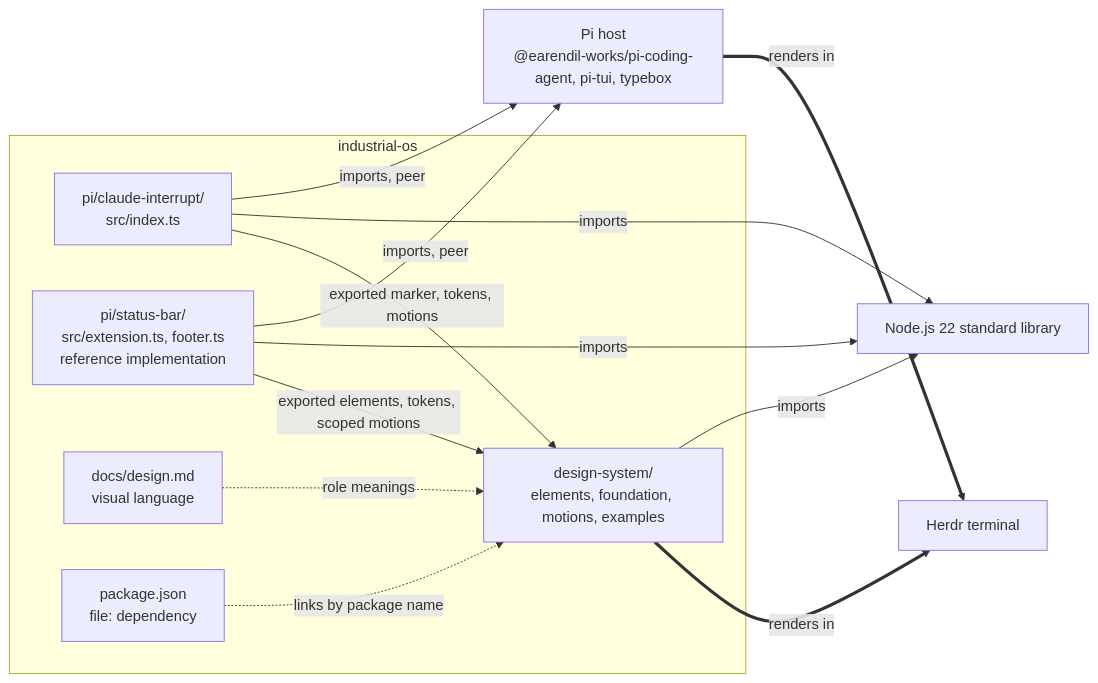
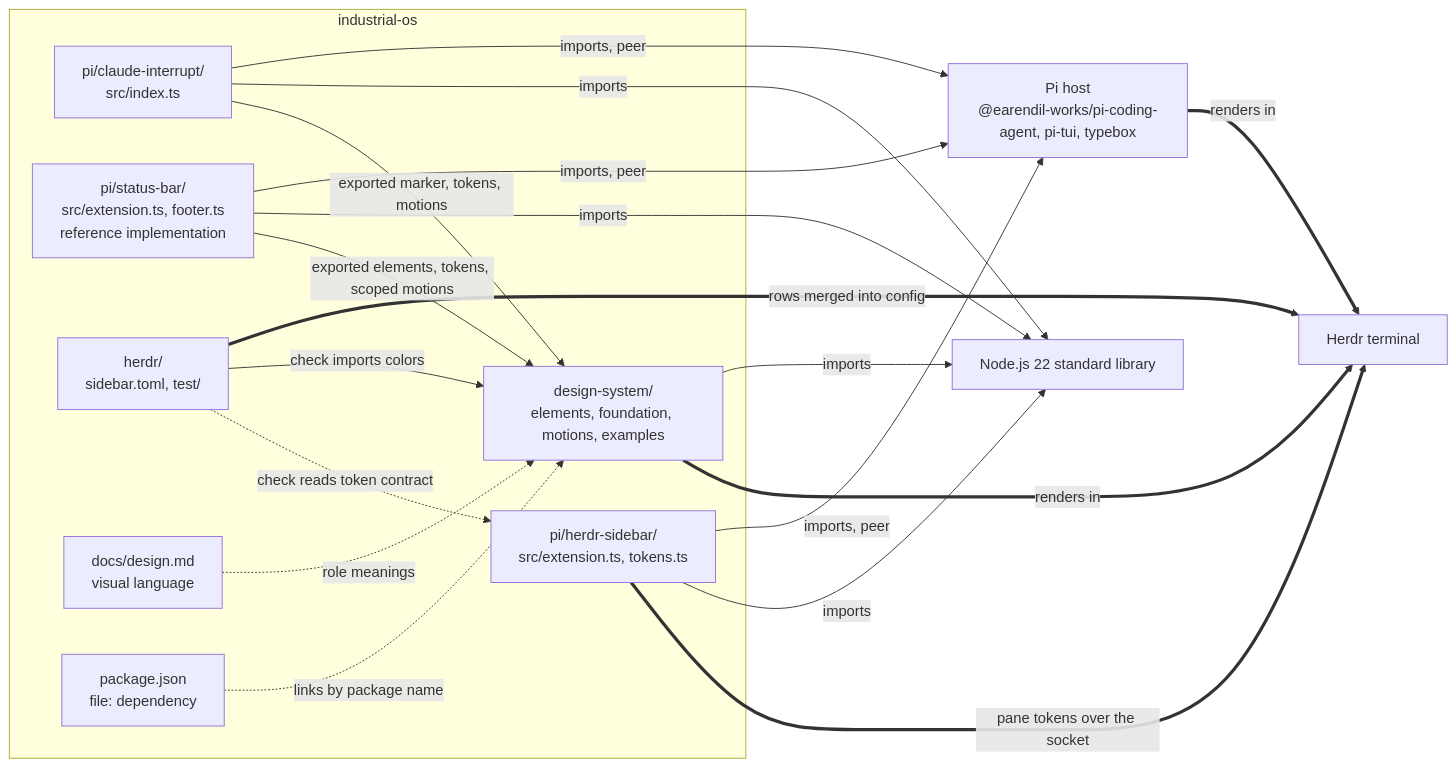
One commit to jigenator/industrial-os changed the diagram in docs/architecture.md. Above: the diagram before and after it, drawn with Mermaid. The commit also changed other lines of this file and 8 other files, not shown here.

Commit message:
docs: map pi/herdr-sidebar and herdr/ and register the extension in the root manifest

````diff
--- a/docs/architecture.md
+++ b/docs/architecture.md
@@ -22,25 +24,33 @@
 ```mermaid
 flowchart LR
     subgraph repo["industrial-os"]
         DS["design-system/<br/>elements, foundation, motions, examples"]
         CI["pi/claude-interrupt/<br/>src/index.ts"]
         SB["pi/status-bar/<br/>src/extension.ts, footer.ts<br/>reference implementation"]
+        HS["pi/herdr-sidebar/<br/>src/extension.ts, tokens.ts"]
+        HC["herdr/<br/>sidebar.toml, test/"]
         Design["docs/design.md<br/>visual language"]
         Root["package.json<br/>file: dependency"]
     end
     Node["Node.js 22 standard library"]
     PiHost["Pi host<br/>@earendil-works/pi-coding-agent, pi-tui, typebox"]
     Herdr["Herdr terminal"]
 
     DS -->|imports| Node
     CI -->|imports, peer| PiHost
     CI -->|imports| Node
     SB -->|imports, peer| PiHost
     SB -->|imports| Node
+    HS -->|imports, peer| PiHost
+    HS -->|imports| Node
+    HS ==>|pane tokens over the socket| Herdr
+    HC ==>|rows merged into config| Herdr
+    HC -->|check imports colors| DS
+    HC -.->|check reads token contract| HS
     PiHost ==>|renders in| Herdr
     DS ==>|renders in| Herdr
     Root -.->|links by package name| DS
     CI -->|exported marker, tokens, motions| DS
     SB -->|exported elements, tokens, scoped motions| DS
     Design -.->|role meanings| DS
 ```
````
